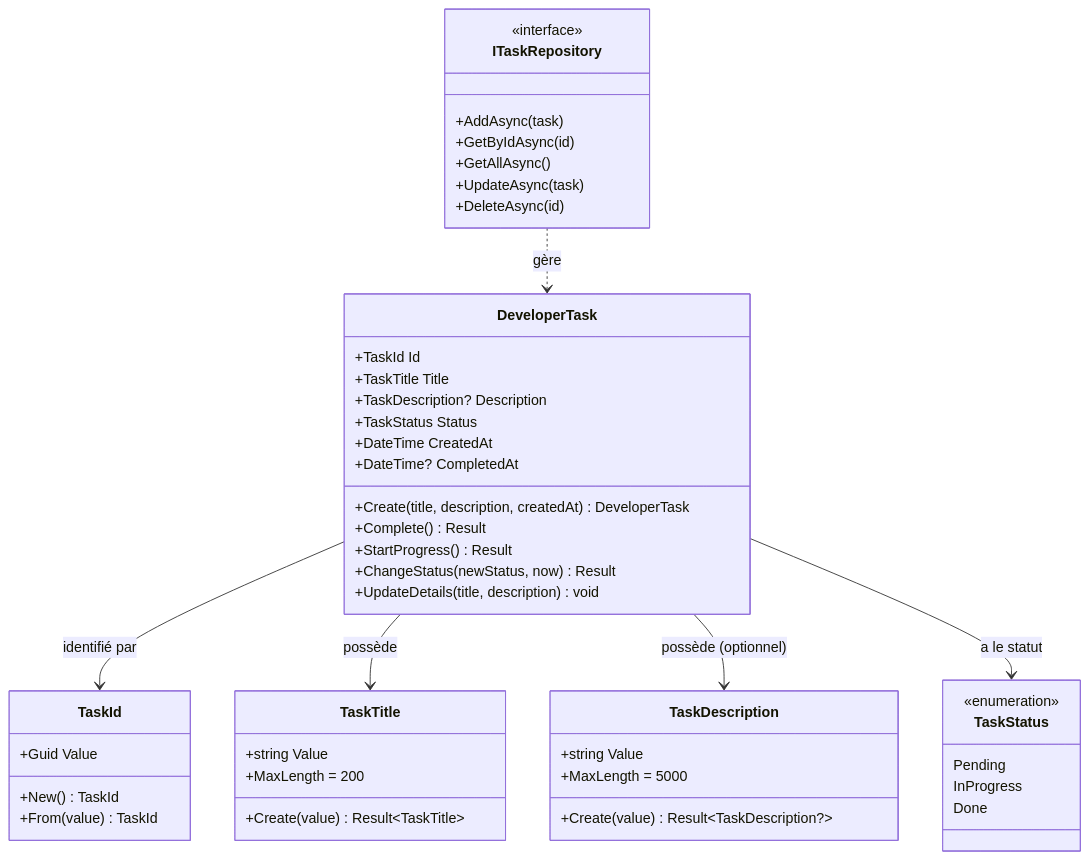
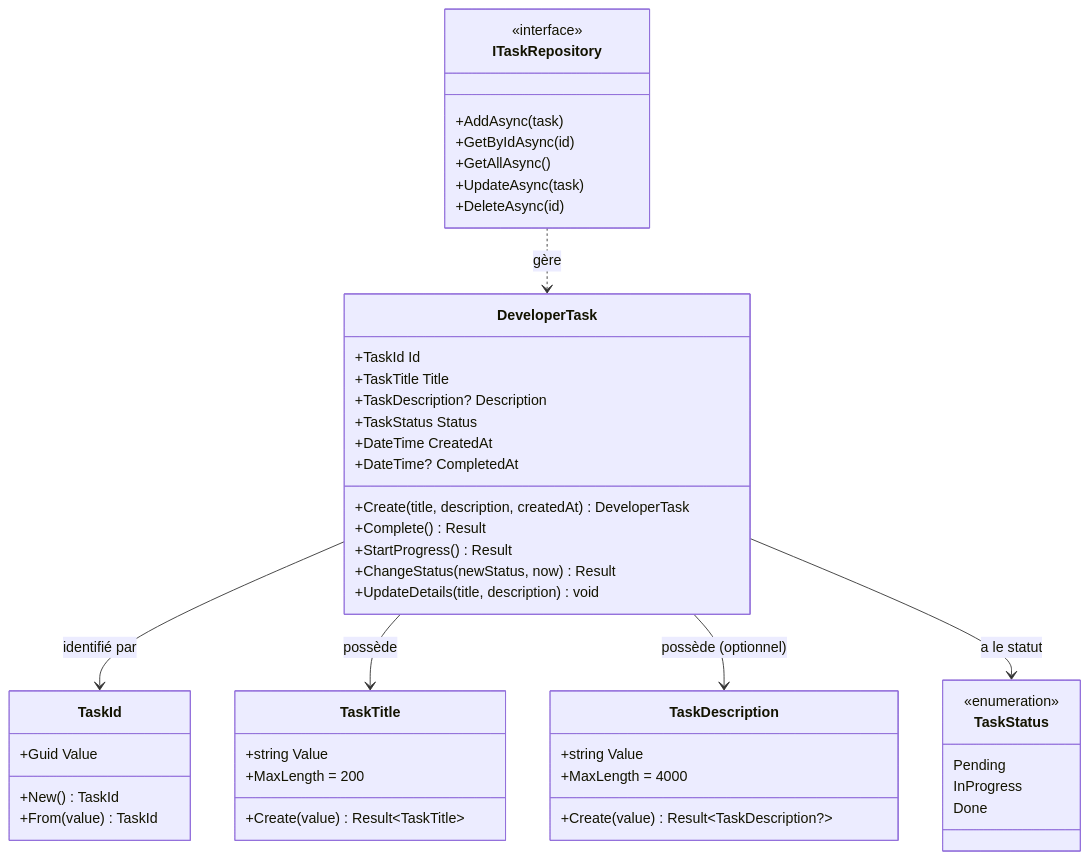
Before and after one commit to Monbsoft/Kairu: the third of 22 diagrams in docs/spec.md, drawn with Mermaid. The commit also changed other lines of this file and 18 other files, not shown here.

````diff
--- a/docs/spec.md
+++ b/docs/spec.md
@@ -150,56 +165,56 @@
 ```mermaid
 classDiagram
     class DeveloperTask {
         +TaskId Id
         +TaskTitle Title
         +TaskDescription? Description
         +TaskStatus Status
         +DateTime CreatedAt
         +DateTime? CompletedAt
         +Create(title, description, createdAt) DeveloperTask
         +Complete() Result
         +StartProgress() Result
         +ChangeStatus(newStatus, now) Result
         +UpdateDetails(title, description) void
     }
 
     class TaskId {
         +Guid Value
         +New() TaskId
         +From(value) TaskId
     }
 
     class TaskTitle {
         +string Value
         +MaxLength = 200
         +Create(value) Result~TaskTitle~
     }
 
     class TaskDescription {
         +string Value
-        +MaxLength = 5000
+        +MaxLength = 4000
         +Create(value) Result~TaskDescription?~
     }
 
     class TaskStatus {
         <<enumeration>>
         Pending
         InProgress
         Done
     }
 
     class ITaskRepository {
         <<interface>>
         +AddAsync(task)
         +GetByIdAsync(id)
         +GetAllAsync()
         +UpdateAsync(task)
         +DeleteAsync(id)
     }
 
     DeveloperTask --> TaskId : identifié par
     DeveloperTask --> TaskTitle : possède
     DeveloperTask --> TaskDescription : possède (optionnel)
     DeveloperTask --> TaskStatus : a le statut
     ITaskRepository ..> DeveloperTask : gère
 ```
````
